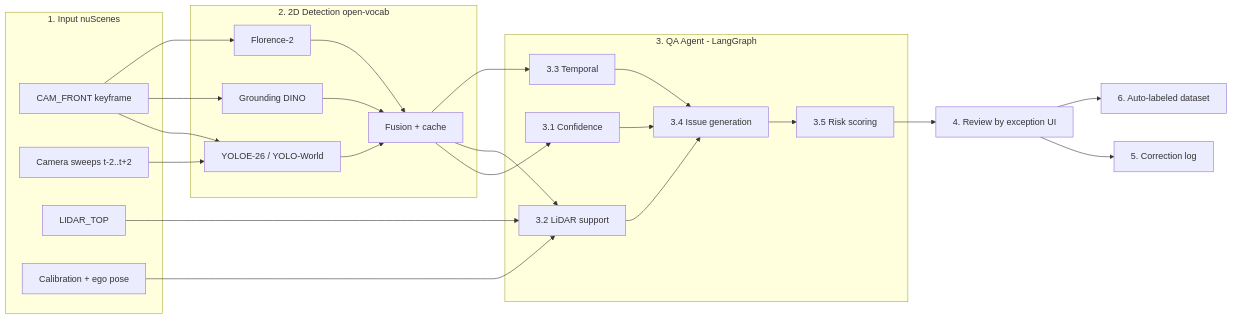
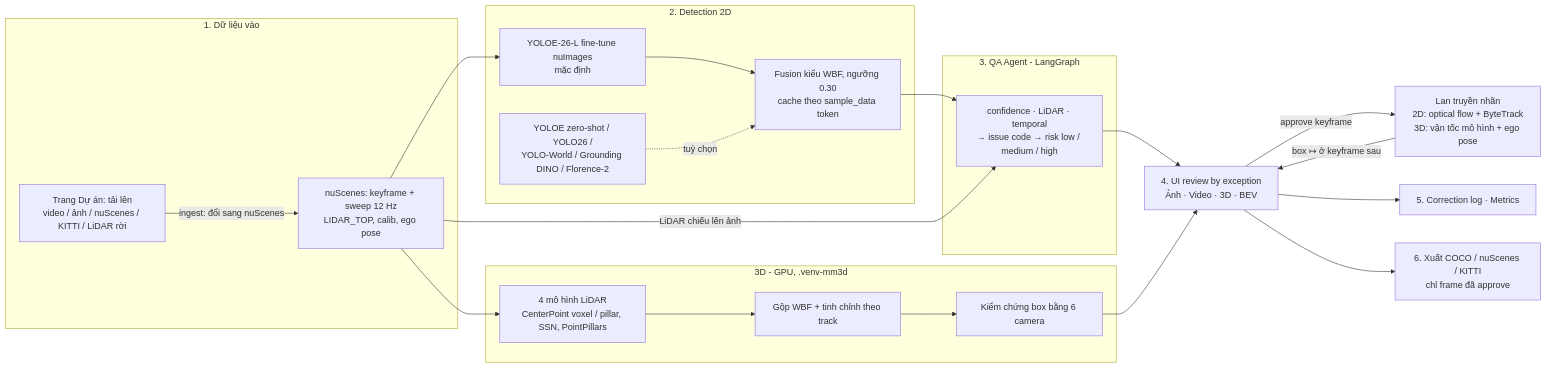
The first of 3 diagrams in docs/architecture_diagram.md (vietvuivui/P-130-demo), drawn with Mermaid before and after one commit. The commit also changed other lines of this file and 2 other files, not shown here.

Commit message:
docs(architecture): sơ đồ cập nhật theo sản phẩm hiện tại (fine-tune YOLOE, ensemble 3D, lan truyền flow + ByteTrack, BEV, trang Dự án) + ảnh PNG
Claude-Session: https://claude.ai/code/session_01154itaybF7gdzs6g6jMbcR

````diff
--- a/docs/architecture_diagram.md
+++ b/docs/architecture_diagram.md
@@ -5,31 +7,34 @@
 ```mermaid
 graph LR
-    subgraph IN[1. Input nuScenes]
-        K[CAM_FRONT keyframe]
-        SW[Camera sweeps t-2..t+2]
-        L[LIDAR_TOP]
-        C[Calibration + ego pose]
+    subgraph IN[1. Dữ liệu vào]
+        P[Trang Dự án: tải lên<br/>video / ảnh / nuScenes / KITTI / LiDAR rời]
+        N[nuScenes: keyframe + sweep 12 Hz<br/>LIDAR_TOP, calib, ego pose]
+        P -->|ingest: đổi sang nuScenes| N
     end
-    subgraph DET[2. 2D Detection open-vocab]
-        YW[YOLOE-26 / YOLO-World]
-        GD[Grounding DINO]
-        F2[Florence-2]
-        FU[Fusion + cache]
+    subgraph DET[2. Detection 2D]
+        YE[YOLOE-26-L fine-tune nuImages<br/>mặc định]
+        ALT[YOLOE zero-shot / YOLO26 /<br/>YOLO-World / Grounding DINO / Florence-2]
+        FU[Fusion kiểu WBF, ngưỡng 0.30<br/>cache theo sample_data token]
+        YE --> FU
+        ALT -. tuỳ chọn .-> FU
     end
     subgraph QA[3. QA Agent - LangGraph]
-        Q1[3.1 Confidence]
-        Q2[3.2 LiDAR support]
-        Q3[3.3 Temporal]
-        Q4[3.4 Issue generation]
-        Q5[3.5 Risk scoring]
+        Q[confidence · LiDAR · temporal<br/>→ issue code → risk low / medium / high]
     end
-    K --> YW & GD & F2
-    SW --> YW
-    YW & GD & F2 --> FU
-    FU --> Q1 & Q2 & Q3
-    L & C --> Q2
-    Q1 & Q2 & Q3 --> Q4 --> Q5
-    Q5 --> UI[4. Review by exception UI]
-    UI --> LOG[5. Correction log]
-    UI --> DS[6. Auto-labeled dataset]
+    subgraph D3[3D - GPU, .venv-mm3d]
+        M4[4 mô hình LiDAR<br/>CenterPoint voxel / pillar, SSN, PointPillars]
+        EN[Gộp WBF + tinh chỉnh theo track]
+        VF[Kiểm chứng box bằng 6 camera]
+        M4 --> EN --> VF
+    end
+    N --> YE
+    N --> M4
+    FU --> Q
+    N -->|LiDAR chiếu lên ảnh| Q
+    Q --> UI[4. UI review by exception<br/>Ảnh · Video · 3D · BEV]
+    VF --> UI
+    UI -->|approve keyframe| PR[Lan truyền nhãn<br/>2D: optical flow + ByteTrack<br/>3D: vận tốc mô hình + ego pose]
+    PR -->|box ↦ ở keyframe sau| UI
+    UI --> LOG[5. Correction log · Metrics]
+    UI --> DS[6. Xuất COCO / nuScenes / KITTI<br/>chỉ frame đã approve]
 ```
````
